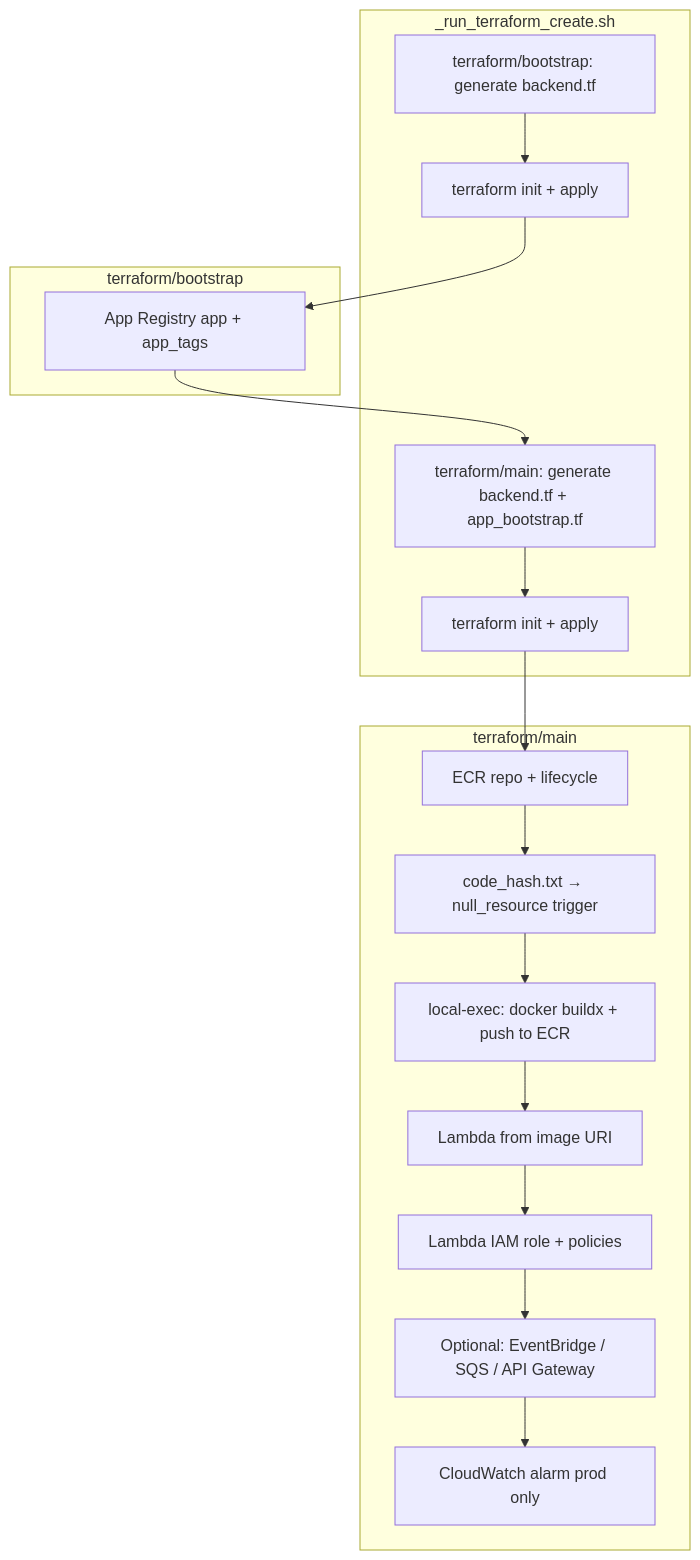
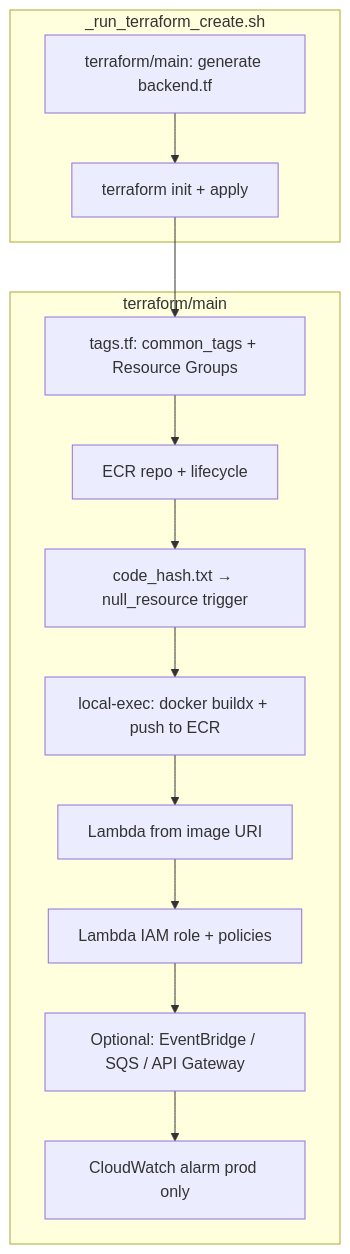
The third of 5 diagrams in ARCHITECTURE.md (NRD-Tech/nrdtech-python-aws-lambda), drawn with Mermaid before and after one commit. The commit also changed other lines of this file and 13 other files, not shown here.

First line of the commit message:
Replace AppRegistry bootstrap with Resource Groups and cost tags.

````diff
--- a/ARCHITECTURE.md
+++ b/ARCHITECTURE.md
@@ -80,27 +79,21 @@
 ```mermaid
 flowchart TB
   subgraph _run_terraform_create["_run_terraform_create.sh"]
-    B1[terraform/bootstrap: generate backend.tf]
-    B2[terraform init + apply]
-    M1[terraform/main: generate backend.tf + app_bootstrap.tf]
+    M1[terraform/main: generate backend.tf]
     M2[terraform init + apply]
   end
 
-  subgraph bootstrap["terraform/bootstrap"]
-    REG[App Registry app + app_tags]
-  end
-
   subgraph main["terraform/main"]
+    TAGS[tags.tf: common_tags + Resource Groups]
     ECR[ECR repo + lifecycle]
     HASH[code_hash.txt → null_resource trigger]
     BUILD[local-exec: docker buildx + push to ECR]
     LAMBDA[Lambda from image URI]
     IAM[Lambda IAM role + policies]
     TRIGGER[Optional: EventBridge / SQS / API Gateway]
     ALARM[CloudWatch alarm prod only]
   end
 
-  B1 --> B2 --> REG
-  REG --> M1 --> M2
-  M2 --> ECR --> HASH --> BUILD --> LAMBDA --> IAM --> TRIGGER --> ALARM
+  M1 --> M2
+  M2 --> TAGS --> ECR --> HASH --> BUILD --> LAMBDA --> IAM --> TRIGGER --> ALARM
 ```
````
